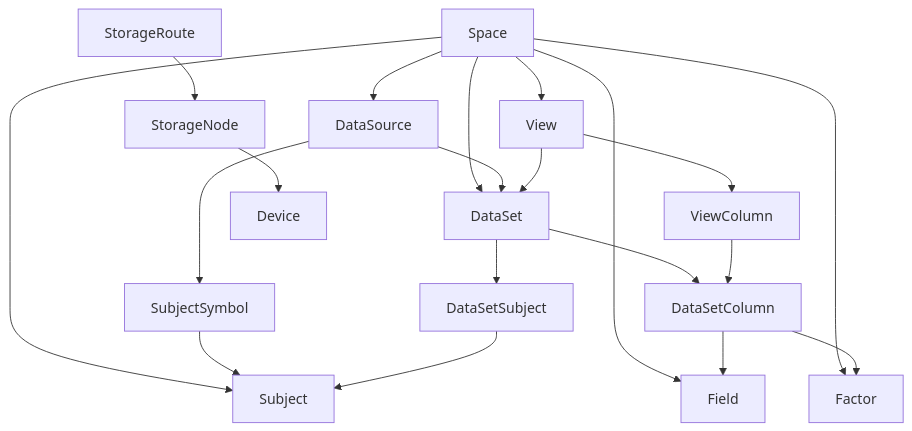
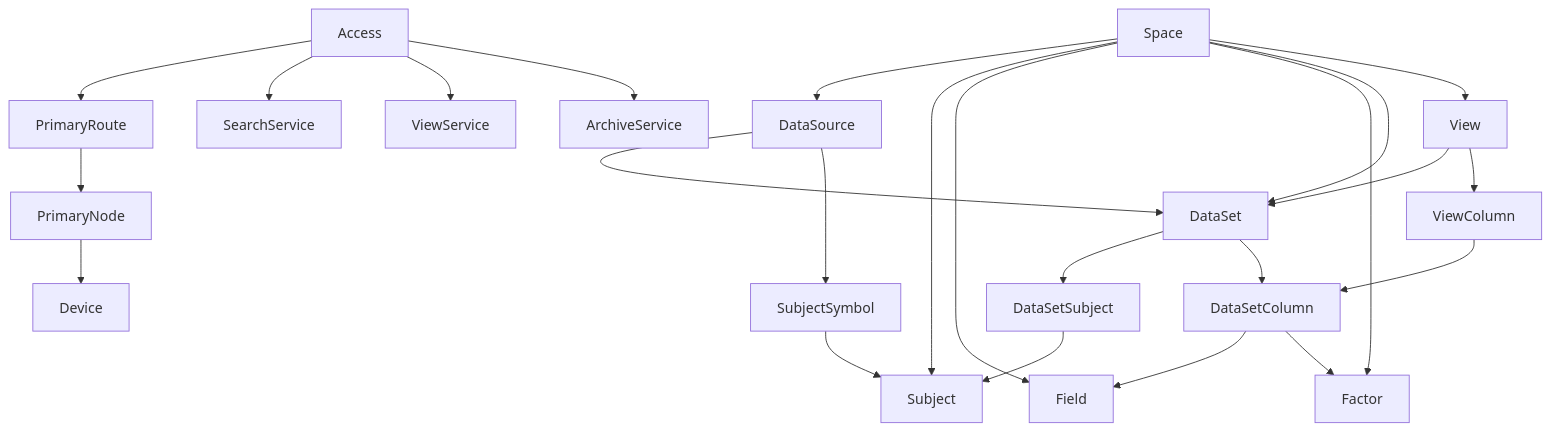
One commit to mooyang-code/moox changed the diagram in docs/quant-financial-data-concepts.md. Above: the diagram before and after it, drawn with Mermaid. The commit also changed other lines of this file and 133 other files, not shown here.

First line of the commit message:
refactor(storage): align quant storage architecture

````diff
--- a/docs/quant-financial-data-concepts.md
+++ b/docs/quant-financial-data-concepts.md
@@ -19,34 +20,41 @@
 ```mermaid
 flowchart TD
     SP["Space"]
     SRC["DataSource"]
     SUB["Subject"]
     SYM["SubjectSymbol"]
     DS["DataSet"]
     DSS["DataSetSubject"]
     FIELD["Field"]
     FACTOR["Factor"]
     DC["DataSetColumn"]
     VIEW["View"]
     VC["ViewColumn"]
-    NODE["StorageNode"]
+    ACCESS["Access"]
+    PNODE["PrimaryNode"]
     DEV["Device"]
-    ROUTE["StorageRoute"]
+    ROUTE["PrimaryRoute"]
+    SEARCH["SearchService"]
+    VIEW_SVC["ViewService"]
+    ARCHIVE["ArchiveService"]
 
     SP --> SRC
     SP --> SUB
     SP --> FIELD
     SP --> FACTOR
     SP --> DS
     SP --> VIEW
     SRC --> DS
     SRC --> SYM --> SUB
     DS --> DSS --> SUB
     DS --> DC
     DC --> FIELD
     DC --> FACTOR
     VIEW --> DS
     VIEW --> VC
     VC --> DC
-    ROUTE --> NODE --> DEV
+    ACCESS --> ROUTE --> PNODE --> DEV
+    ACCESS --> SEARCH
+    ACCESS --> VIEW_SVC
+    ACCESS --> ARCHIVE
 ```
````
